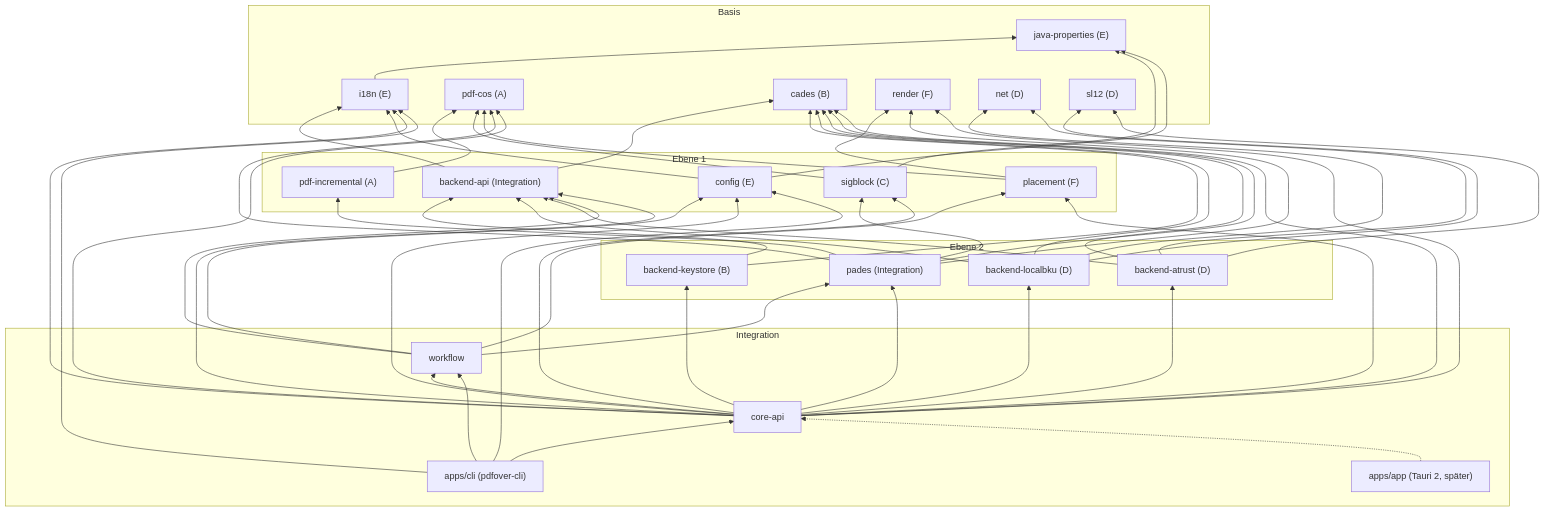
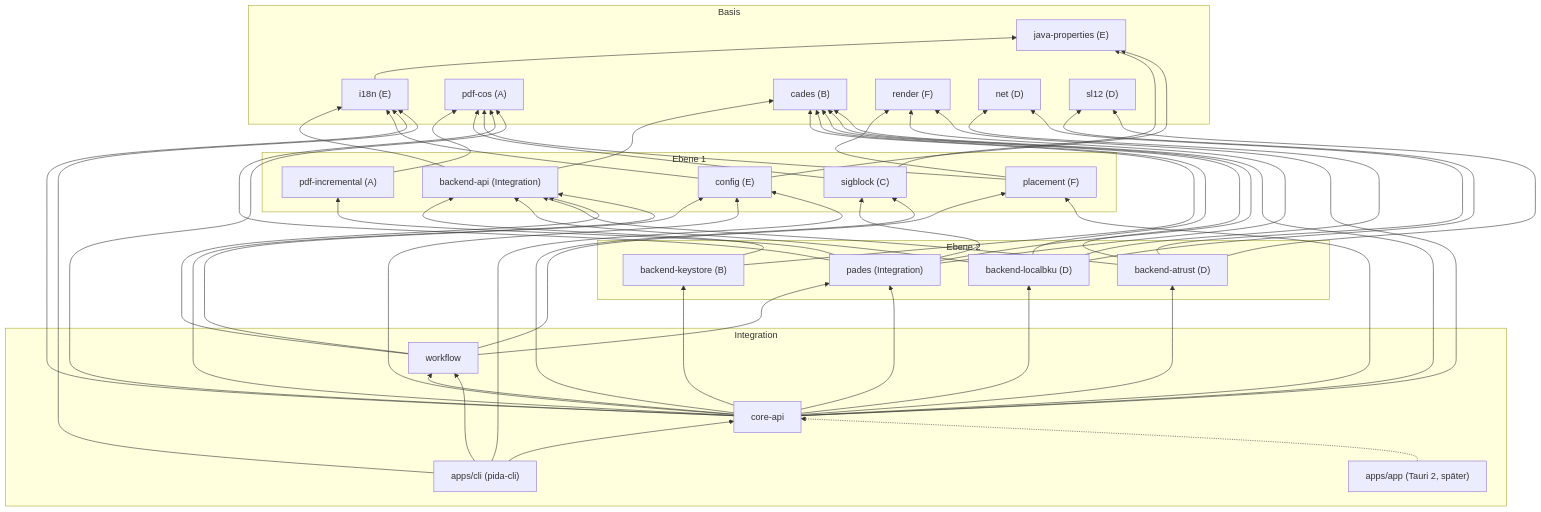
The diagram in docs/adr/0001-workspace-und-schnittstellen.md (ataub1/pida), drawn with Mermaid before and after one commit. The commit also changed other lines of this file and 377 other files, not shown here.

````diff
--- a/docs/adr/0001-workspace-und-schnittstellen.md
+++ b/docs/adr/0001-workspace-und-schnittstellen.md
@@ -44,79 +44,79 @@
 ```mermaid
 flowchart BT
   subgraph Basis
     JP["java-properties (E)"]
     I18N["i18n (E)"]
     COS["pdf-cos (A)"]
     CAD["cades (B)"]
     RND["render (F)"]
     NET["net (D)"]
     SL["sl12 (D)"]
   end
   subgraph Ebene1["Ebene 1"]
     INC["pdf-incremental (A)"]
     SB["sigblock (C)"]
     PLC["placement (F)"]
     BAPI["backend-api (Integration)"]
     CFG["config (E)"]
   end
   subgraph Ebene2["Ebene 2"]
     KS["backend-keystore (B)"]
     LB["backend-localbku (D)"]
     AT["backend-atrust (D)"]
     PAD["pades (Integration)"]
   end
   subgraph Integration
     WF["workflow"]
     API["core-api"]
-    CLI["apps/cli (pdfover-cli)"]
+    CLI["apps/cli (pida-cli)"]
     APP["apps/app (Tauri 2, später)"]
   end
 
   I18N --> JP
   INC --> COS
   SB --> COS
   SB --> JP
   PLC --> COS
   PLC --> RND
   BAPI --> CAD
   BAPI --> I18N
   CFG --> JP
   CFG --> I18N
   KS --> BAPI
   KS --> CAD
   LB --> BAPI
   LB --> CAD
   LB --> SL
   LB --> NET
   AT --> BAPI
   AT --> CAD
   AT --> SL
   AT --> NET
   PAD --> COS
   PAD --> INC
   PAD --> CAD
   PAD --> SB
   PAD --> RND
   WF --> BAPI
   WF --> PLC
   WF --> PAD
   WF --> CFG
   API --> WF
   API --> CFG
   API --> I18N
   API --> RND
   API --> PAD
   API --> PLC
   API --> SB
   API --> CAD
   API --> COS
   API --> BAPI
   API --> AT
   API --> LB
   API --> KS
   CLI --> API
   CLI --> CFG
   CLI --> I18N
   CLI --> WF
   APP -.-> API
 ```
````
